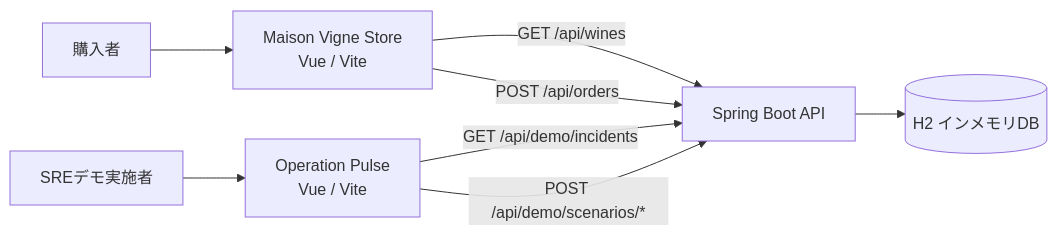
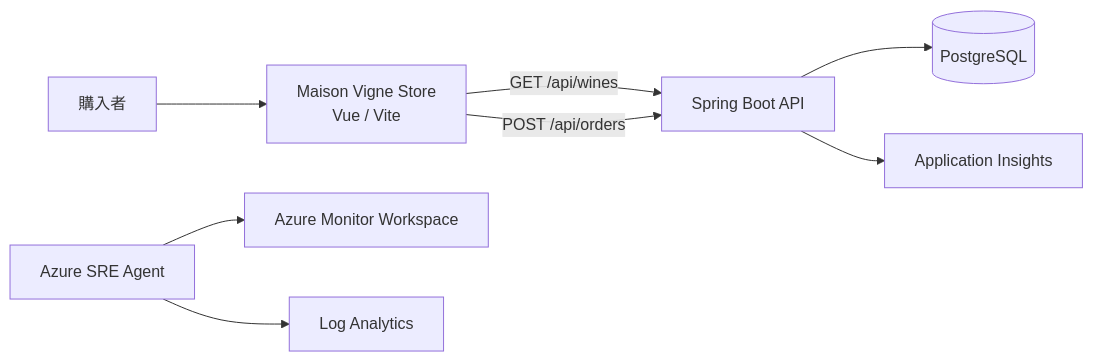
Before and after one commit to mahya8585/SRE-agent-demo: the first of 2 diagrams in docs/system-overview.md, drawn with Mermaid. The commit also changed other lines of this file and 36 other files, not shown here.

````diff
--- a/docs/system-overview.md
+++ b/docs/system-overview.md
@@ -16,10 +11,10 @@
 ```mermaid
 flowchart LR
     Buyer[購入者] --> Store[Maison Vigne Store\nVue / Vite]
-    Operator[SREデモ実施者] --> Pulse[Operation Pulse\nVue / Vite]
     Store -->|GET /api/wines| API[Spring Boot API]
     Store -->|POST /api/orders| API
-    Pulse -->|GET /api/demo/incidents| API
-    Pulse -->|POST /api/demo/scenarios/*| API
-    API --> H2[(H2 インメモリDB)]
+    API --> DB[(PostgreSQL)]
+    API --> AI[Application Insights]
+    SRE[Azure SRE Agent] --> AMW[Azure Monitor Workspace]
+    SRE --> LAW[Log Analytics]
 ```
````
